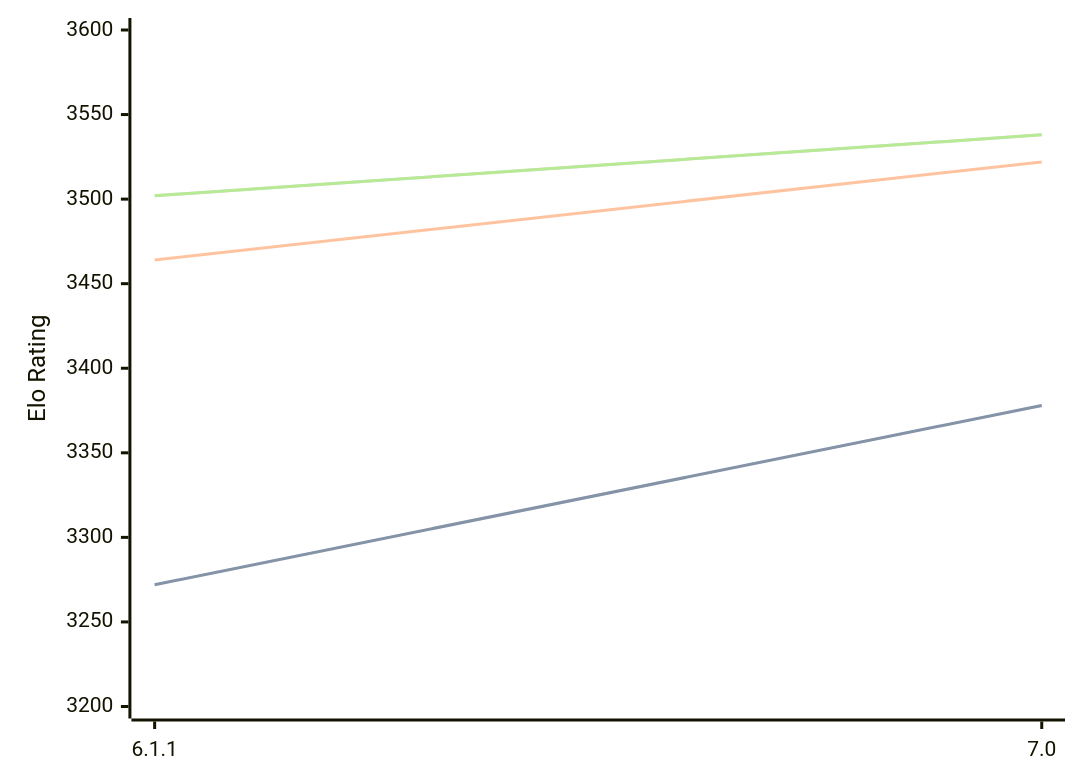
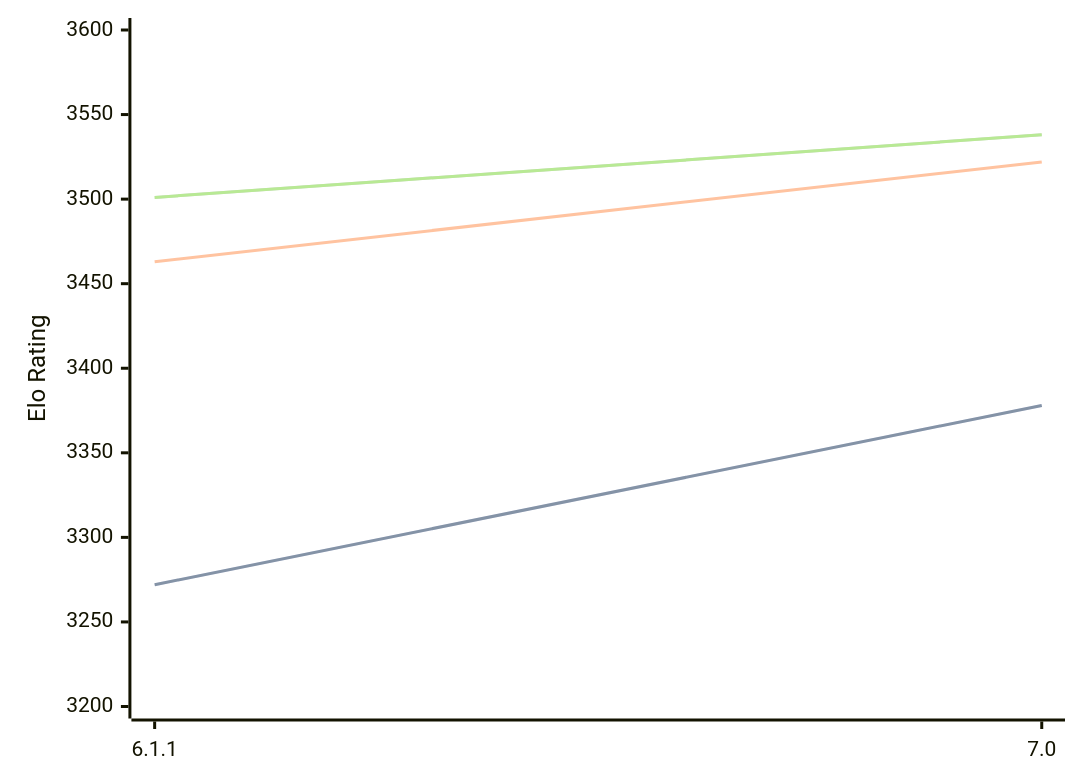
The diagram in engines/Astra.md (computer-chess-index/cci), drawn with Mermaid before and after one commit. The commit also changed other lines of this file, not shown here.

Commit message:
Update CCI Ratings (ELO VLTC) - 2026-07-27

````diff
--- a/engines/Astra.md
+++ b/engines/Astra.md
@@ -44,11 +44,11 @@
 ```mermaid
 %%{init: {"theme":"base","themeVariables":{"seriesColors:['#a3a3a3','#222221','#faa371']}}}%%
 xychart-beta
   x-axis ["6.1.1", "7.0"]
   y-axis "Elo Rating" 3200 --> 3600
   line "STC (8.0+0.08s)" [3272, 3378]
   line "STC (8.0+0.08s)" [3272, 3378]
-  line "LTC (60.0+0.60s)" [3464, 3522]
-  line "VLTC (2m24s+1.12s)" [3502, 3538]
-  line "VLTC (2m24s+1.12s)" [3502, 3538]
+  line "LTC (60.0+0.60s)" [3463, 3522]
+  line "VLTC (2m24s+1.12s)" [3501, 3538]
+  line "VLTC (2m24s+1.12s)" [3501, 3538]
 ```
````
